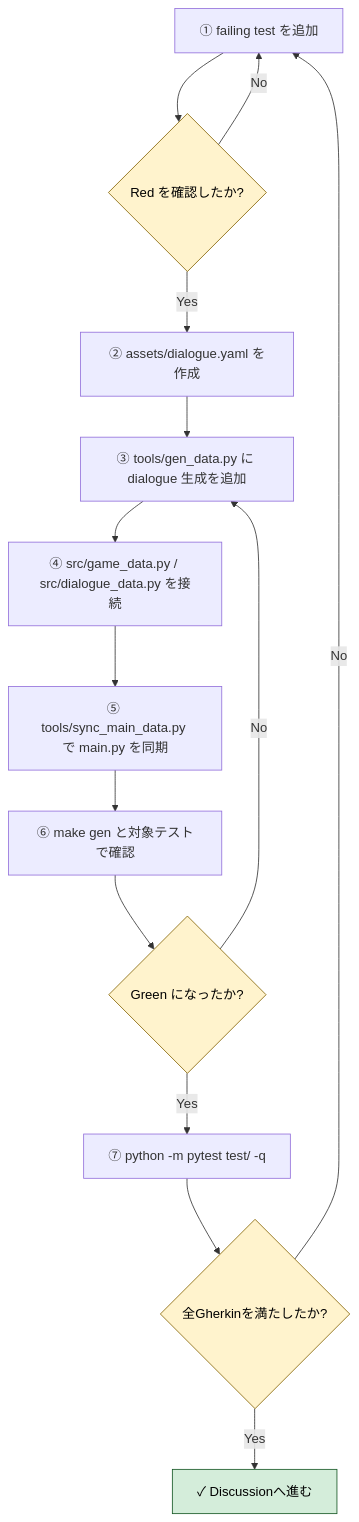
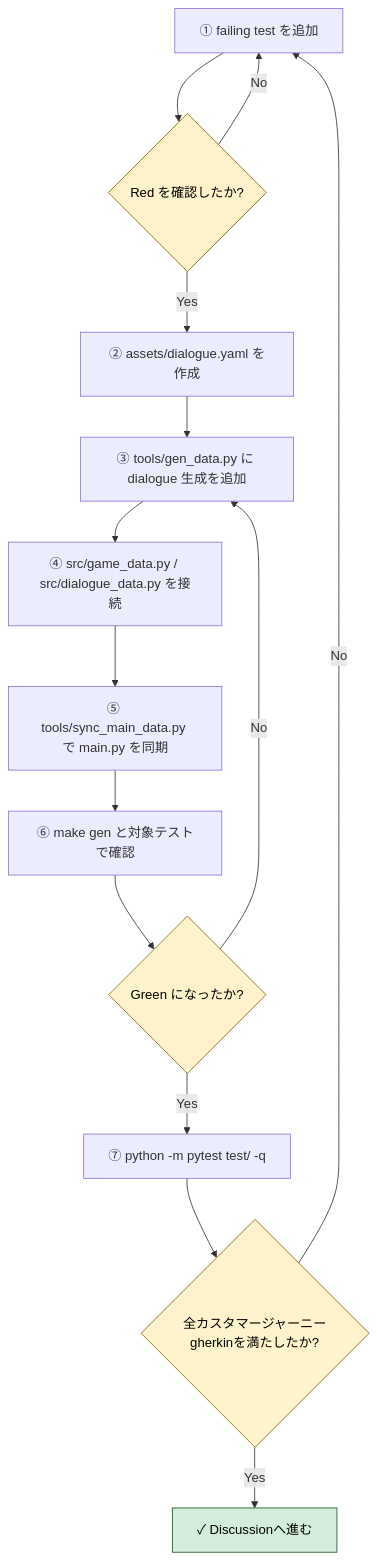
The seventh of 7 diagrams in docs/steering/done/20260412-j36-dialogue-ssot.md (tatsuro-ueda/code-quest-pyxel), drawn with Mermaid before and after one commit. The commit also changed other lines of this file and 27 other files, not shown here.

````diff
--- a/docs/steering/done/20260412-j36-dialogue-ssot.md
+++ b/docs/steering/done/20260412-j36-dialogue-ssot.md
@@ -215,22 +215,22 @@
 ```mermaid
 flowchart TD
     T1["① failing test を追加"] --> T1C{"Red を確認したか?"}
     T1C -->|No| T1
     T1C -->|Yes| T2["② assets/dialogue.yaml を作成"]
     T2 --> T3["③ tools/gen_data.py に dialogue 生成を追加"]
     T3 --> T4["④ src/game_data.py / src/dialogue_data.py を接続"]
     T4 --> T5["⑤ tools/sync_main_data.py で main.py を同期"]
     T5 --> T6["⑥ make gen と対象テストで確認"]
     T6 --> T6C{"Green になったか?"}
     T6C -->|No| T3
     T6C -->|Yes| T7["⑦ python -m pytest test/ -q"]
-    T7 --> T7C{"全Gherkinを満たしたか?"}
+    T7 --> T7C{"全カスタマージャーニーgherkinを満たしたか?"}
     T7C -->|No| T1
     T7C -->|Yes| DONE["✓ Discussionへ進む"]
 
     classDef done fill:#d4edda,stroke:#155724,color:#000000;
     classDef cove fill:#fff3cd,stroke:#856404,color:#000000;
 
     class DONE done;
     class T1C,T6C,T7C cove;
 ```
````
